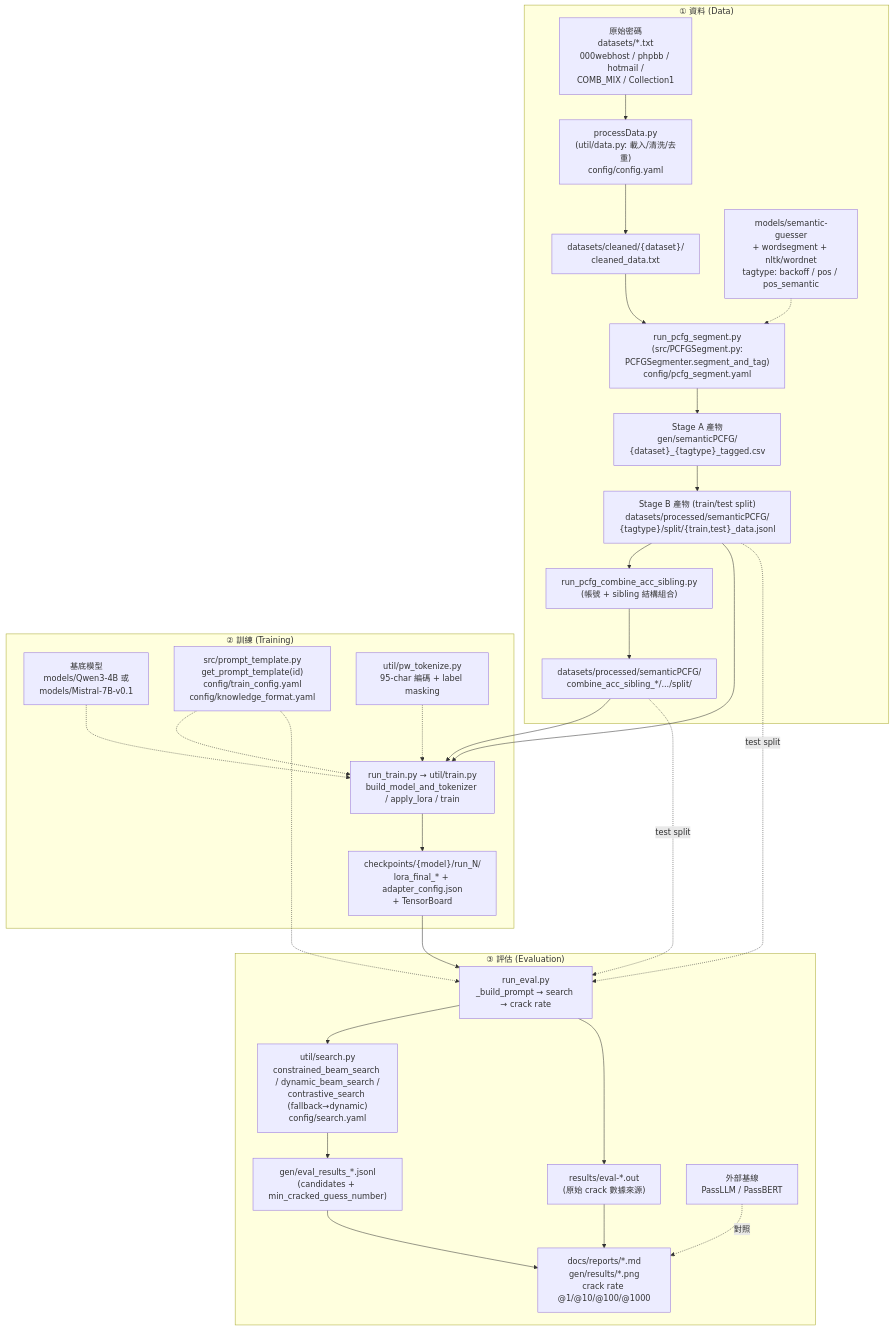
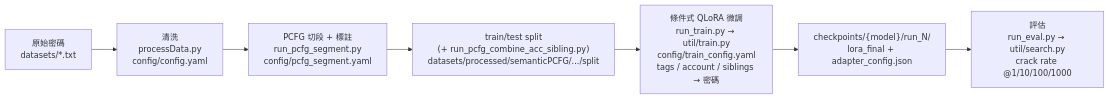
The first of 2 diagrams in docs/system_architecture.md (jjwang1118/segment_pw_cracking), drawn with Mermaid before and after one commit. The commit also changed other lines of this file and 25 other files, not shown here.

First line of the commit message:
feat: id=10 seg-tag template, PagPass segmentation, two-stage docs/config

````diff
--- a/docs/system_architecture.md
+++ b/docs/system_architecture.md
@@ -17,56 +19,10 @@
 ```mermaid
-flowchart TD
-    %% ===== 資料 =====
-    subgraph DATA["① 資料 (Data)"]
-        RAW["原始密碼<br/>datasets/*.txt<br/>000webhost / phpbb / hotmail /<br/>COMB_MIX / Collection1"]
-        CLEAN["processData.py<br/>(util/data.py: 載入/清洗/去重)<br/>config/config.yaml"]
-        CLEANED["datasets/cleaned/{dataset}/<br/>cleaned_data.txt"]
-        SEG["run_pcfg_segment.py<br/>(src/PCFGSegment.py:<br/>PCFGSegmenter.segment_and_tag)<br/>config/pcfg_segment.yaml"]
-        SGEXT["models/semantic-guesser<br/>+ wordsegment + nltk/wordnet<br/>tagtype: backoff / pos / pos_semantic"]
-        CSV["Stage A 產物<br/>gen/semanticPCFG/<br/>{dataset}_{tagtype}_tagged.csv"]
-        JSONL["Stage B 產物 (train/test split)<br/>datasets/processed/semanticPCFG/<br/>{tagtype}/split/{train,test}_data.jsonl"]
-        COMBINE["run_pcfg_combine_acc_sibling.py<br/>(帳號 + sibling 結構組合)"]
-        COMBJSONL["datasets/processed/semanticPCFG/<br/>combine_acc_sibling_*/.../split/"]
-    end
-
-    %% ===== 訓練 =====
-    subgraph TRAIN["② 訓練 (Training)"]
-        TRUN["run_train.py → util/train.py<br/>build_model_and_tokenizer / apply_lora / train"]
-        BASE["基底模型<br/>models/Qwen3-4B 或<br/>models/Mistral-7B-v0.1"]
-        PROMPT["src/prompt_template.py<br/>get_prompt_template(id)<br/>config/train_config.yaml<br/>config/knowledge_format.yaml"]
-        PWTOK["util/pw_tokenize.py<br/>95-char 編碼 + label masking"]
-        CKPT["checkpoints/{model}/run_N/<br/>lora_final_* + adapter_config.json<br/>+ TensorBoard"]
-    end
-
-    %% ===== 評估 =====
-    subgraph EVAL["③ 評估 (Evaluation)"]
-        ERUN["run_eval.py<br/>_build_prompt → search → crack rate"]
-        SEARCH["util/search.py<br/>constrained_beam_search / dynamic_beam_search /<br/>contrastive_search (fallback→dynamic)<br/>config/search.yaml"]
-        OUTJSONL["gen/eval_results_*.jsonl<br/>(candidates + min_cracked_guess_number)"]
-        RAWLOG["results/eval-*.out<br/>(原始 crack 數據來源)"]
-        REPORT["docs/reports/*.md<br/>gen/results/*.png<br/>crack rate @1/@10/@100/@1000"]
-        BASELINE["外部基線<br/>PassLLM / PassBERT"]
-    end
-
-    RAW --> CLEAN --> CLEANED --> SEG
-    SGEXT -.-> SEG
-    SEG --> CSV --> JSONL
-    JSONL --> COMBINE --> COMBJSONL
-
-    JSONL --> TRUN
-    COMBJSONL --> TRUN
-    BASE -.-> TRUN
-    PROMPT -.-> TRUN
-    PWTOK -.-> TRUN
-    TRUN --> CKPT
-
-    CKPT --> ERUN
-    JSONL -. test split .-> ERUN
-    COMBJSONL -. test split .-> ERUN
-    PROMPT -.-> ERUN
-    ERUN --> SEARCH --> OUTJSONL
-    ERUN --> RAWLOG
-    OUTJSONL --> REPORT
-    RAWLOG --> REPORT
-    BASELINE -.對照.-> REPORT
+flowchart LR
+    RAW["原始密碼<br/>datasets/*.txt"]
+      --> CLEAN["清洗<br/>processData.py<br/>config/config.yaml"]
+      --> SEG["PCFG 切段 + 標註<br/>run_pcfg_segment.py<br/>config/pcfg_segment.yaml"]
+      --> SPLIT["train/test split<br/>(+ run_pcfg_combine_acc_sibling.py)<br/>datasets/processed/semanticPCFG/.../split"]
+      --> TRAIN["條件式 QLoRA 微調<br/>run_train.py → util/train.py<br/>config/train_config.yaml<br/>tags / account / siblings → 密碼"]
+      --> CKPT["checkpoints/{model}/run_N/<br/>lora_final + adapter_config.json"]
+      --> EVAL["評估<br/>run_eval.py → util/search.py<br/>crack rate @1/10/100/1000"]
 ```
````
